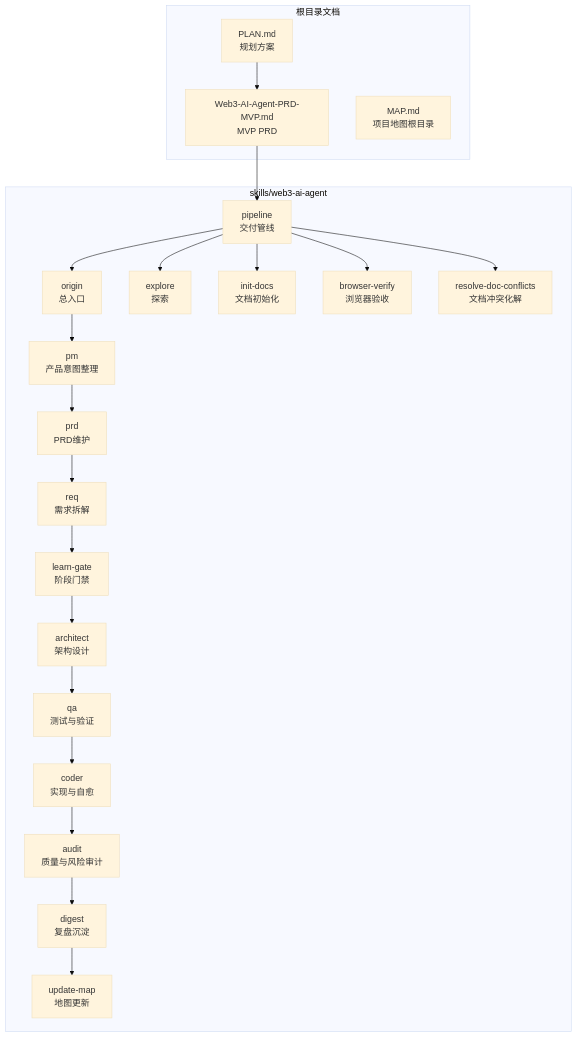
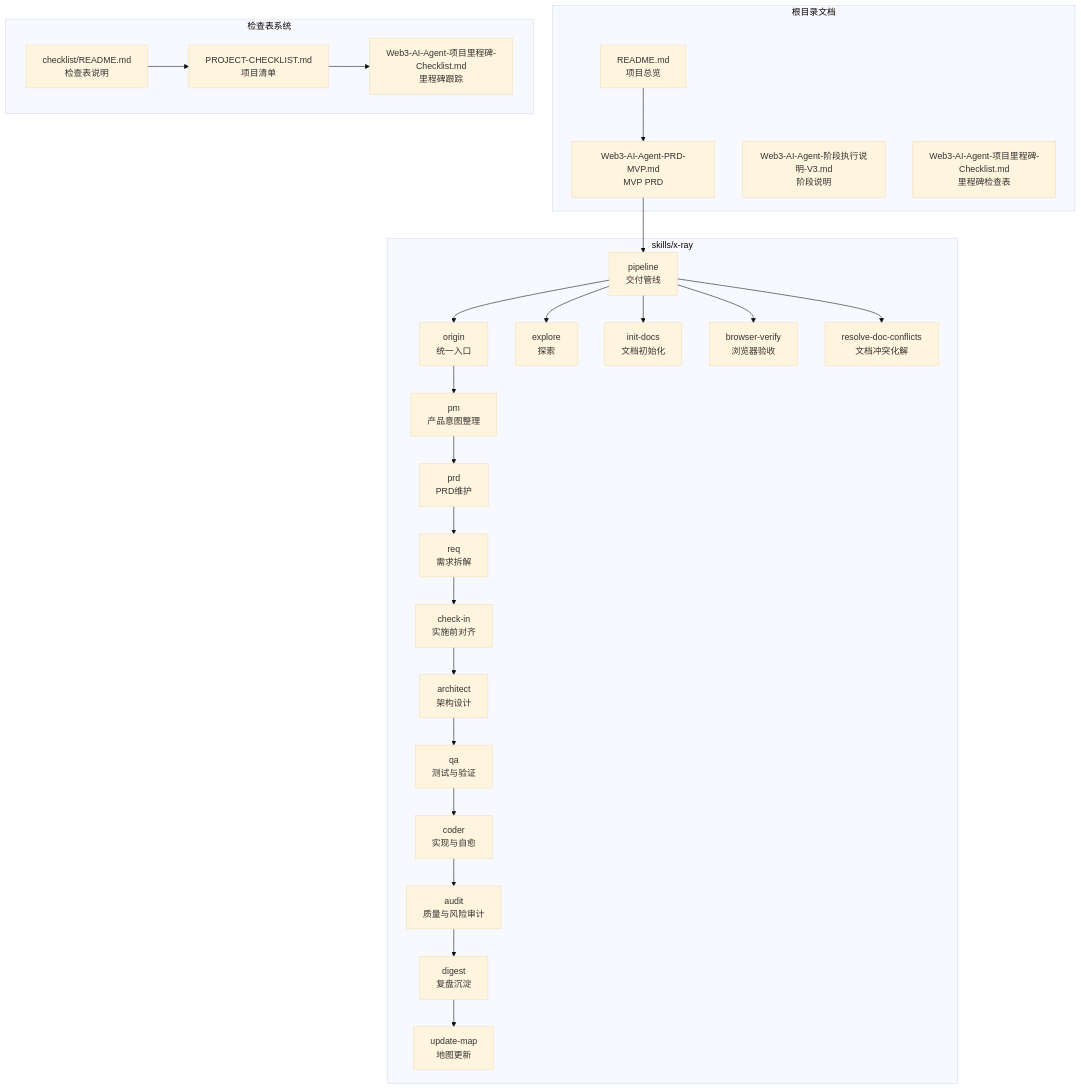
Before and after one commit to CryptoLinxu/Web3-AI-Agent: the first of 6 diagrams in .qoder/repowiki/zh/content/项目概述/项目概述.md, drawn with Mermaid (base theme). The commit also changed other lines of this file and 3 other files, not shown here.

First line of the commit message:
docs: 更新项目清单体系和技能地图

````diff
--- a/.qoder/repowiki/zh/content/项目概述/项目概述.md
+++ b/.qoder/repowiki/zh/content/项目概述/项目概述.md
@@ -64,34 +69,42 @@
 ```mermaid
 graph TB
 subgraph "根目录文档"
-PLAN["PLAN.md<br/>规划方案"]
+PLAN["README.md<br/>项目总览"]
 PRD["Web3-AI-Agent-PRD-MVP.md<br/>MVP PRD"]
-MAP_ROOT["MAP.md<br/>项目地图根目录"]
+MAP_ROOT["Web3-AI-Agent-阶段执行说明-V3.md<br/>阶段说明"]
+ENDPOINT["Web3-AI-Agent-项目里程碑-Checklist.md<br/>里程碑检查表"]
 end
-subgraph "skills/web3-ai-agent"
-ORG["origin<br/>总入口"]
+subgraph "skills/x-ray"
+ORG["origin<br/>统一入口"]
 PM["pm<br/>产品意图整理"]
 REQ["req<br/>需求拆解"]
 PRD_S["prd<br/>PRD维护"]
-LG["learn-gate<br/>阶段门禁"]
+CHECKIN["check-in<br/>实施前对齐"]
 ARCH["architect<br/>架构设计"]
 QA["qa<br/>测试与验证"]
 CODER["coder<br/>实现与自愈"]
 AUDIT["audit<br/>质量与风险审计"]
 DIGEST["digest<br/>复盘沉淀"]
 UPDATE["update-map<br/>地图更新"]
 PIPE["pipeline<br/>交付管线"]
 EXPLORE["explore<br/>探索"]
 INIT["init-docs<br/>文档初始化"]
 VER["browser-verify<br/>浏览器验收"]
 RES["resolve-doc-conflicts<br/>文档冲突化解"]
 end
+subgraph "检查表系统"
+CHECKLIST["PROJECT-CHECKLIST.md<br/>项目清单"]
+CHECKLIST_README["checklist/README.md<br/>检查表说明"]
+MILESTONE["Web3-AI-Agent-项目里程碑-Checklist.md<br/>里程碑跟踪"]
+end
 PLAN --> PRD
 PRD --> PIPE
 PIPE --> ORG
-ORG --> PM --> PRD_S --> REQ --> LG --> ARCH --> QA --> CODER --> AUDIT --> DIGEST --> UPDATE
+ORG --> PM --> PRD_S --> REQ --> CHECKIN --> ARCH --> QA --> CODER --> AUDIT --> DIGEST --> UPDATE
 PIPE --> EXPLORE
 PIPE --> INIT
 PIPE --> VER
 PIPE --> RES
+CHECKLIST --> MILESTONE
+CHECKLIST_README --> CHECKLIST
 ```
````
